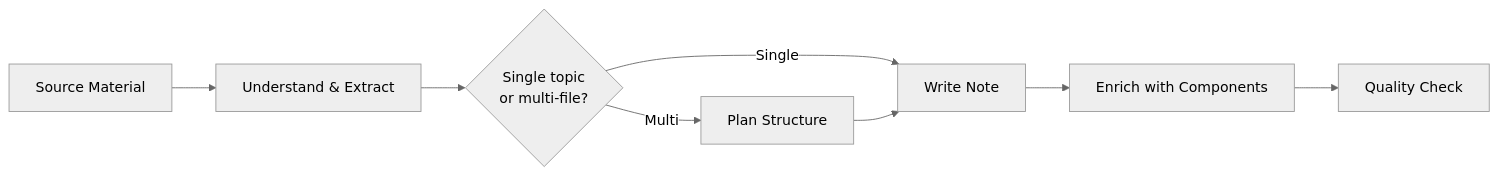
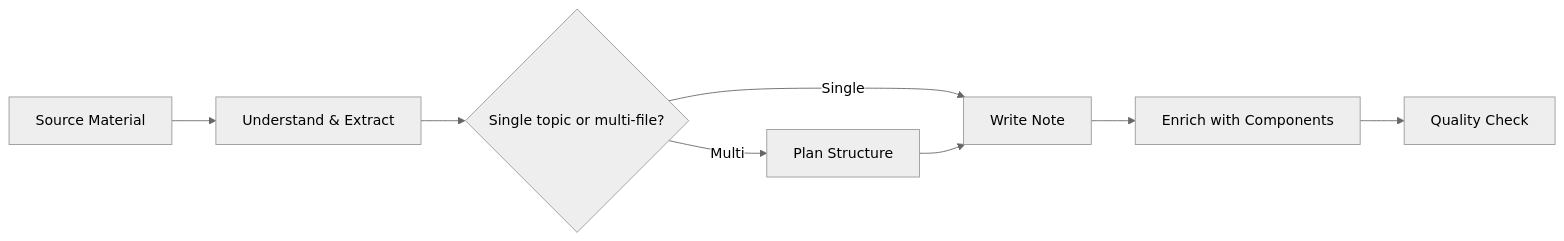
One commit to szeyu/vibe-study-skills changed the diagram in skills/obsidian-notes-creator/SKILL.md. Above: the diagram before and after it, drawn with Mermaid (neutral theme). The commit also changed other lines of this file and 1 other file, not shown here.

Commit message:
Improve obsidian-notes-creator diagrams reference
- Add embedded SVG/PNG visuals guidance (embed syntax, dark/light rules, generator)
- Add 'Mermaid pitfalls' section (no \n, no '1.' numbered node labels, quote special chars)
- Fix workflow diagram: inline decision label instead of literal \n
- SKILL.md: note SVG/PNG in the diagrams pointer

````diff
--- a/skills/obsidian-notes-creator/SKILL.md
+++ b/skills/obsidian-notes-creator/SKILL.md
@@ -12,10 +12,10 @@
 ```mermaid
 flowchart LR
     A[Source Material] --> B[Understand & Extract]
-    B --> C{Single topic\nor multi-file?}
+    B --> C{Single topic or multi-file?}
     C -->|Single| D[Write Note]
     C -->|Multi| E[Plan Structure]
     E --> D
     D --> F[Enrich with Components]
     F --> G[Quality Check]
 ```
````
